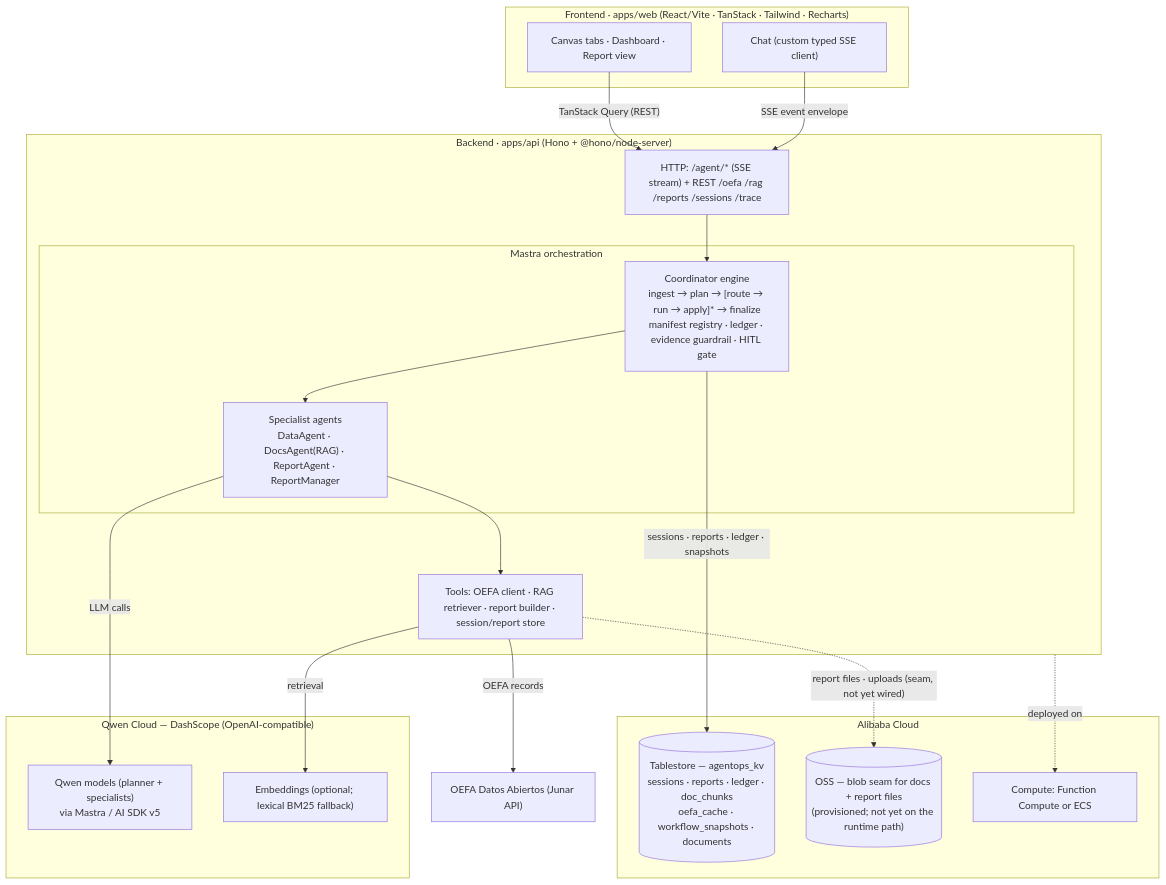
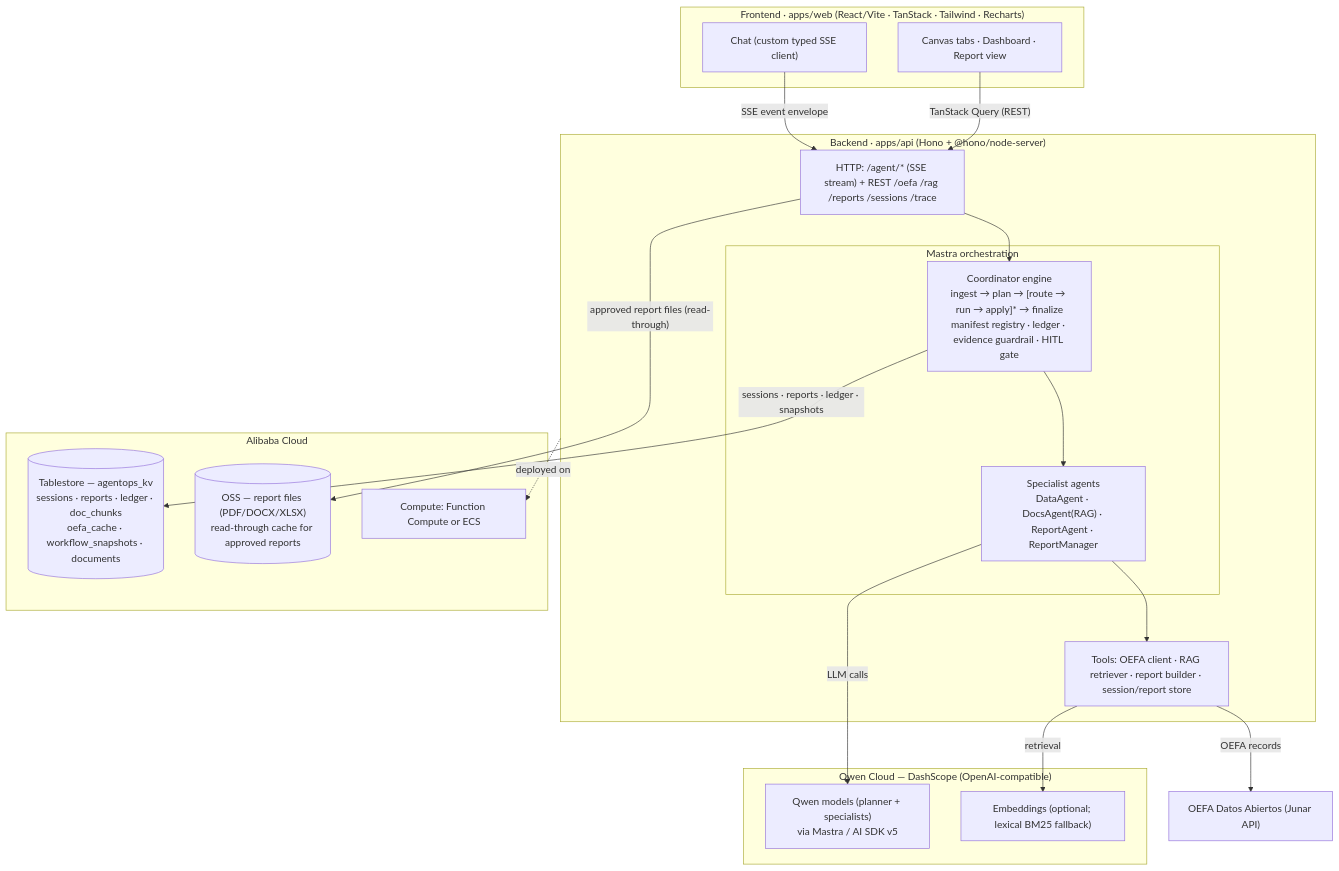
One commit to GinoLlerena/agentops-debugger-architecture changed the diagram in docs/ARCHITECTURE.md. Above: the diagram before and after it, drawn with Mermaid. The commit also changed other lines of this file and 8 other files, not shown here.

First line of the commit message:
Phase 5D: wire report exports through OSS (read-through cache)

````diff
--- a/docs/ARCHITECTURE.md
+++ b/docs/ARCHITECTURE.md
@@ -38,41 +37,41 @@
 ```mermaid
 flowchart TB
   subgraph FE["Frontend · apps/web (React/Vite · TanStack · Tailwind · Recharts)"]
     chat["Chat (custom typed SSE client)"]
     canvas["Canvas tabs · Dashboard · Report view"]
   end
 
   subgraph BE["Backend · apps/api (Hono + @hono/node-server)"]
     http["HTTP: /agent/* (SSE stream) + REST /oefa /rag /reports /sessions /trace"]
     subgraph ORCH["Mastra orchestration"]
       coord["Coordinator engine<br/>ingest → plan → [route → run → apply]* → finalize<br/>manifest registry · ledger · evidence guardrail · HITL gate"]
       agents["Specialist agents<br/>DataAgent · DocsAgent(RAG) · ReportAgent · ReportManager"]
     end
     tools["Tools: OEFA client · RAG retriever · report builder · session/report store"]
   end
 
   subgraph QWEN["Qwen Cloud — DashScope (OpenAI-compatible)"]
     qwen["Qwen models (planner + specialists)<br/>via Mastra / AI SDK v5"]
     embed["Embeddings (optional; lexical BM25 fallback)"]
   end
 
   subgraph ALI["Alibaba Cloud"]
     ts[("Tablestore — agentops_kv<br/>sessions · reports · ledger · doc_chunks<br/>oefa_cache · workflow_snapshots · documents")]
-    oss[("OSS — blob seam for docs + report files<br/>(provisioned; not yet on the runtime path)")]
+    oss[("OSS — report files (PDF/DOCX/XLSX)<br/>read-through cache for approved reports")]
     host["Compute: Function Compute or ECS"]
   end
 
   ext["OEFA Datos Abiertos (Junar API)"]
 
   chat -- "SSE event envelope" --> http
   canvas -- "TanStack Query (REST)" --> http
   http --> coord
   coord --> agents
   agents --> tools
   agents -- "LLM calls" --> qwen
   tools -- "retrieval" --> embed
   tools -- "OEFA records" --> ext
   coord -- "sessions · reports · ledger · snapshots" --> ts
-  tools -. "report files · uploads (seam, not yet wired)" .-> oss
+  http -- "approved report files (read-through)" --> oss
   BE -. "deployed on" .-> host
 ```
````
